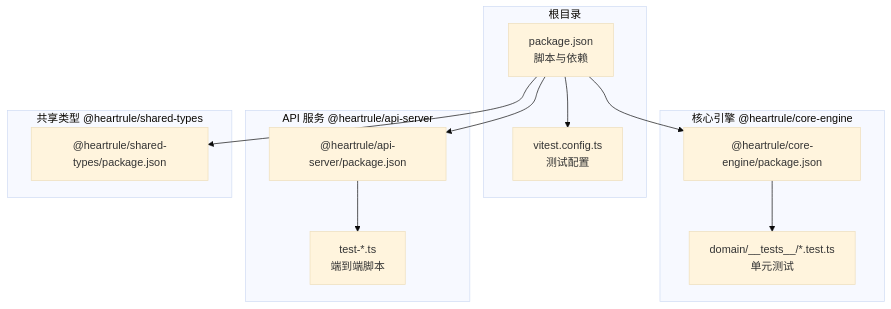
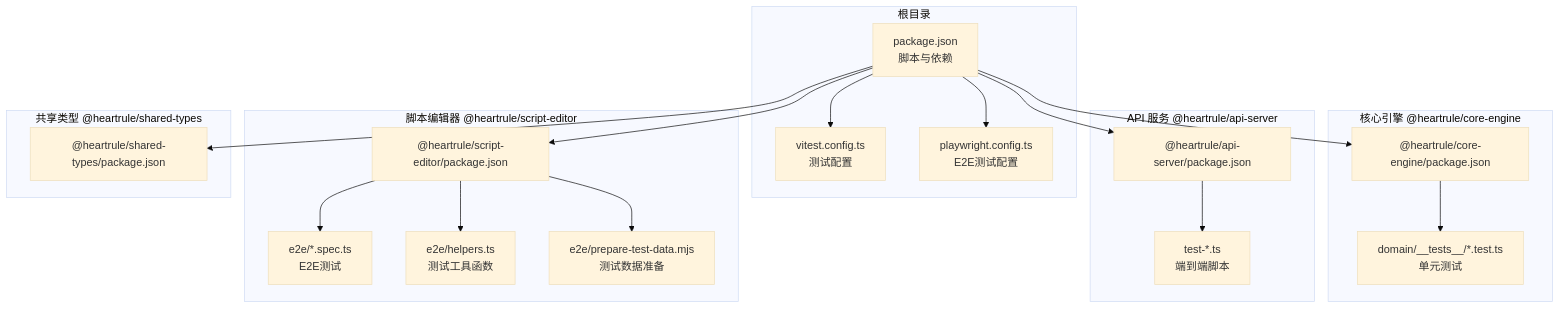
One commit to EverettCamus/HeartRule-Qoder changed the first of 7 diagrams in .qoder/repowiki/zh/content/测试策略/测试自动化.md. Above: the diagram before and after it, drawn with Mermaid (base theme). The commit also changed other lines of this file and 40 other files, not shown here.

````diff
--- a/.qoder/repowiki/zh/content/测试策略/测试自动化.md
+++ b/.qoder/repowiki/zh/content/测试策略/测试自动化.md
@@ -41,24 +48,36 @@
 ```mermaid
 graph TB
 subgraph "根目录"
 P["package.json<br/>脚本与依赖"]
 V["vitest.config.ts<br/>测试配置"]
+PW["playwright.config.ts<br/>E2E测试配置"]
 end
 subgraph "核心引擎 @heartrule/core-engine"
 CE_PKG["@heartrule/core-engine/package.json"]
 CE_TESTS["domain/__tests__/*.test.ts<br/>单元测试"]
 end
 subgraph "API 服务 @heartrule/api-server"
 API_PKG["@heartrule/api-server/package.json"]
 API_E2E["test-*.ts<br/>端到端脚本"]
 end
+subgraph "脚本编辑器 @heartrule/script-editor"
+SE_PKG["@heartrule/script-editor/package.json"]
+SE_E2E["e2e/*.spec.ts<br/>E2E测试"]
+SE_HELPERS["e2e/helpers.ts<br/>测试工具函数"]
+SE_PREPARE["e2e/prepare-test-data.mjs<br/>测试数据准备"]
+end
 subgraph "共享类型 @heartrule/shared-types"
 ST_PKG["@heartrule/shared-types/package.json"]
 end
 P --> V
+P --> PW
 P --> CE_PKG
 P --> API_PKG
+P --> SE_PKG
 P --> ST_PKG
 CE_PKG --> CE_TESTS
 API_PKG --> API_E2E
+SE_PKG --> SE_E2E
+SE_PKG --> SE_HELPERS
+SE_PKG --> SE_PREPARE
 ```
````
